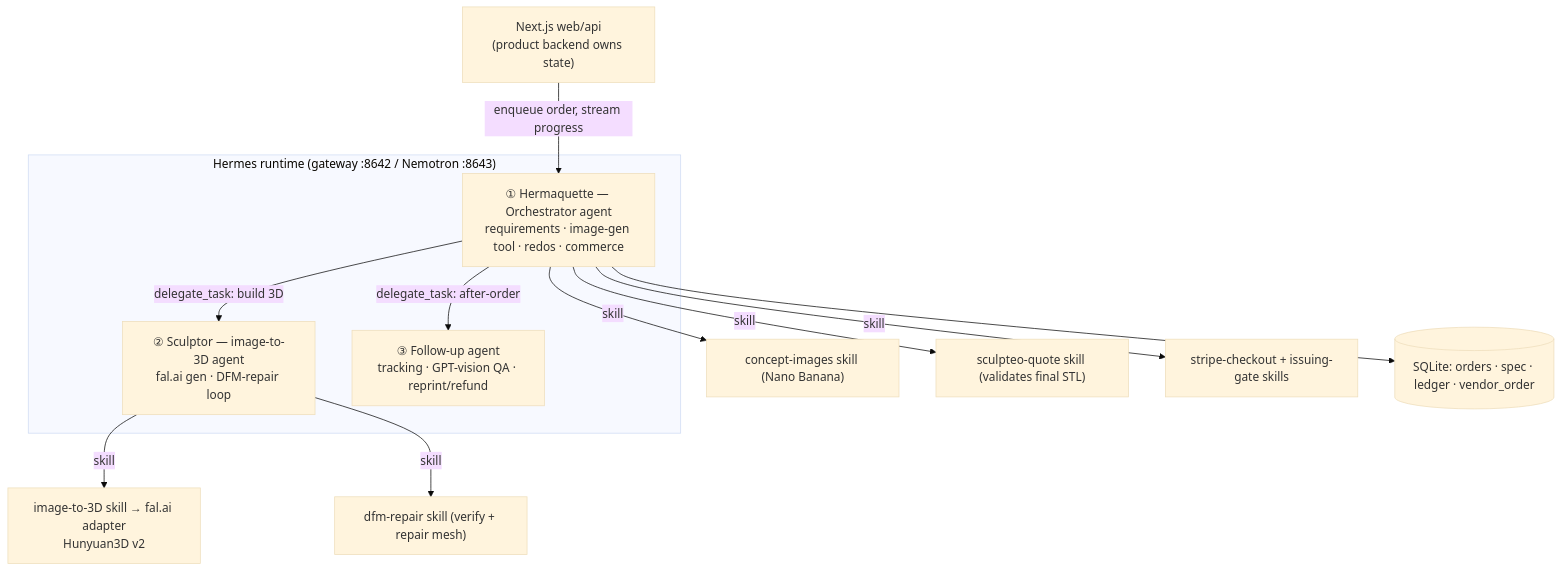
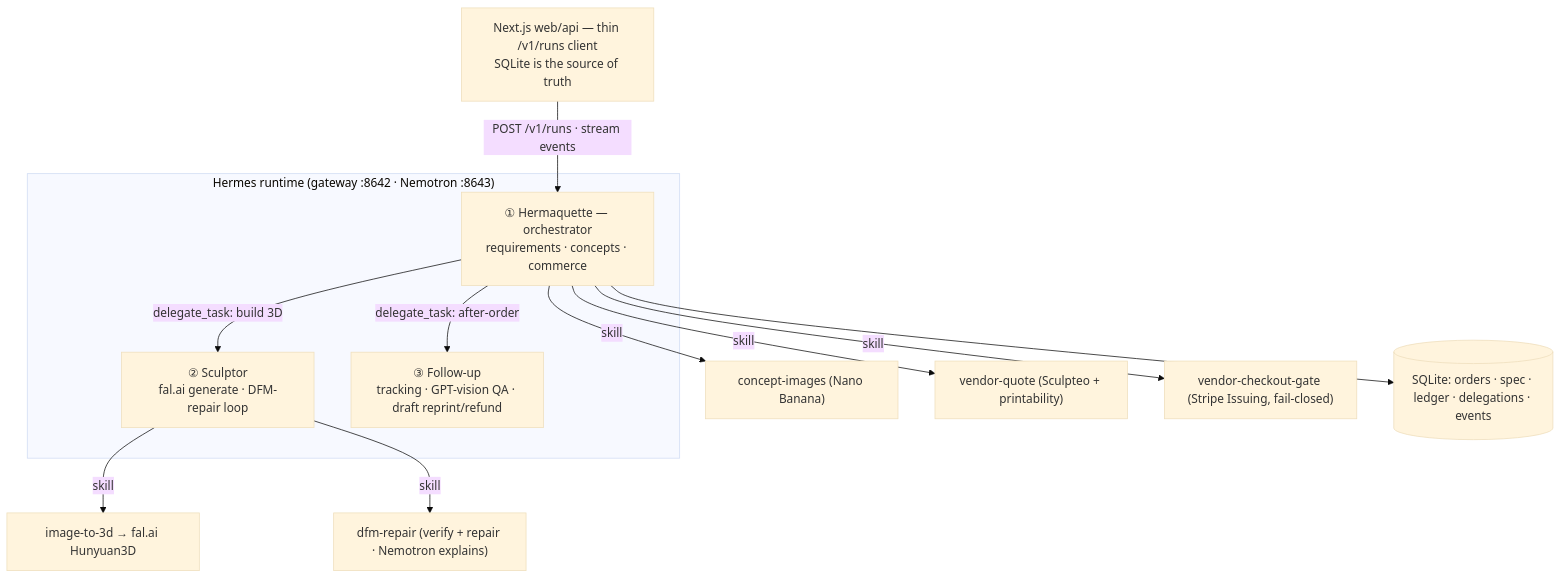
One commit to ChushulSuri/hermaquette changed the diagram in README.md. Above: the diagram before and after it, drawn with Mermaid (base theme). The commit also changed other lines of this file, not shown here.

First line of the commit message:
docs: rewrite README as single version (de-version V1/V2, trim, fix stale skill names + flow)

````diff
--- a/README.md
+++ b/README.md
@@ -50,15 +30,15 @@
 ```mermaid
 flowchart TB
-  UI["Next.js web/api<br/>(product backend owns state)"] -->|enqueue order, stream progress| ORCH
-  subgraph Hermes["Hermes runtime (gateway :8642 / Nemotron :8643)"]
-    ORCH["① Hermaquette — Orchestrator agent<br/>requirements · image-gen tool · redos · commerce"]
-    ORCH -->|delegate_task: build 3D| SCULPT["② Sculptor — image-to-3D agent<br/>fal.ai gen · DFM-repair loop"]
-    ORCH -->|delegate_task: after-order| FOLLOW["③ Follow-up agent<br/>tracking · GPT-vision QA · reprint/refund"]
+  UI["Next.js web/api — thin /v1/runs client<br/>SQLite is the source of truth"] -->|POST /v1/runs · stream events| ORCH
+  subgraph Hermes["Hermes runtime (gateway :8642 · Nemotron :8643)"]
+    ORCH["① Hermaquette — orchestrator<br/>requirements · concepts · commerce"]
+    ORCH -->|delegate_task: build 3D| SCULPT["② Sculptor<br/>fal.ai generate · DFM-repair loop"]
+    ORCH -->|delegate_task: after-order| FOLLOW["③ Follow-up<br/>tracking · GPT-vision QA · draft reprint/refund"]
   end
-  ORCH -->|skill| IMG["concept-images skill (Nano Banana)"]
-  SCULPT -->|skill| F3D["image-to-3D skill → fal.ai adapter<br/>Hunyuan3D v2"]
-  SCULPT -->|skill| DFM["dfm-repair skill (verify + repair mesh)"]
-  ORCH -->|skill| VQ["sculpteo-quote skill (validates final STL)"]
-  ORCH -->|skill| PAY["stripe-checkout + issuing-gate skills"]
-  ORCH --> DB[(SQLite: orders · spec · ledger · vendor_order)]
+  ORCH -->|skill| IMG["concept-images (Nano Banana)"]
+  SCULPT -->|skill| F3D["image-to-3d → fal.ai Hunyuan3D"]
+  SCULPT -->|skill| DFM["dfm-repair (verify + repair · Nemotron explains)"]
+  ORCH -->|skill| VQ["vendor-quote (Sculpteo + printability)"]
+  ORCH -->|skill| GATE["vendor-checkout-gate (Stripe Issuing, fail-closed)"]
+  ORCH --> DB[(SQLite: orders · spec · ledger · delegations · events)]
 ```
````
